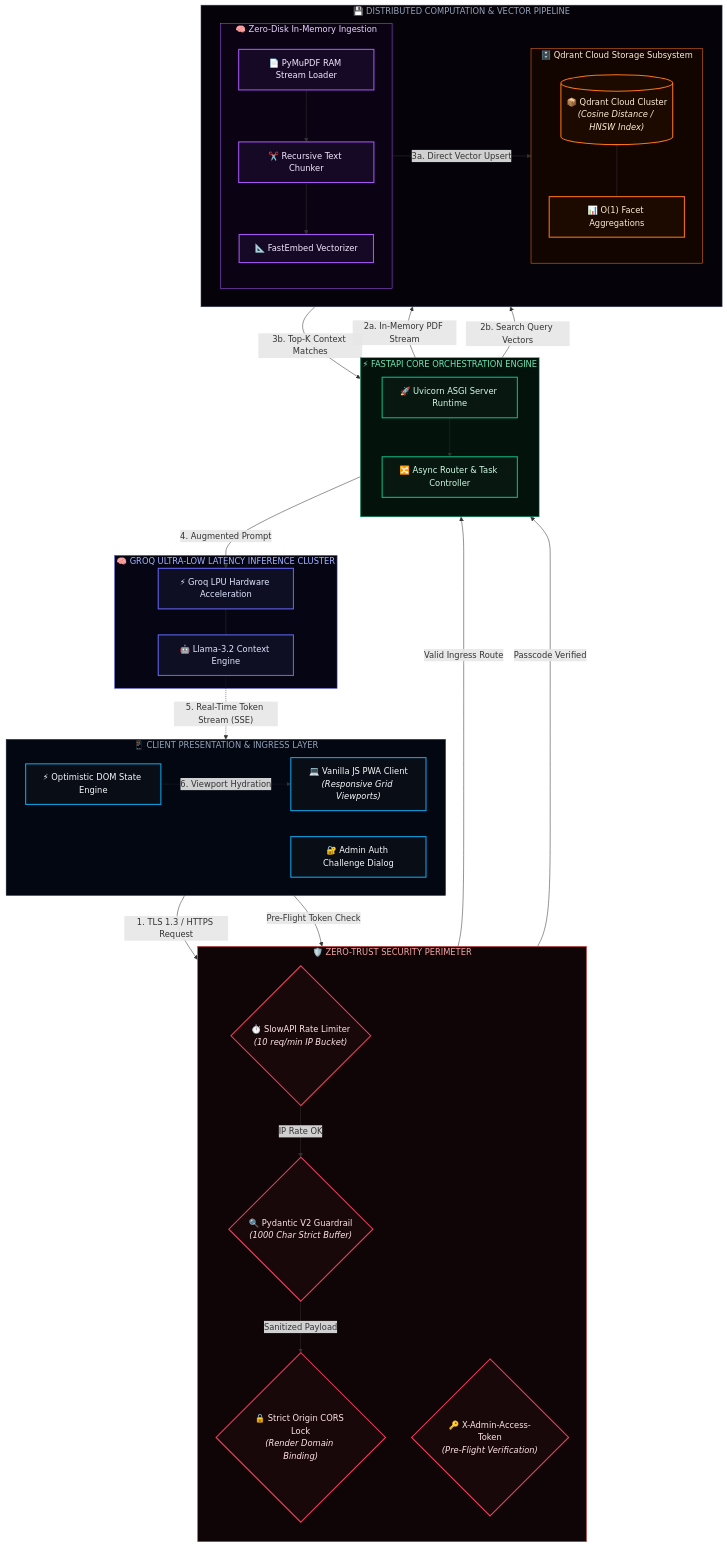
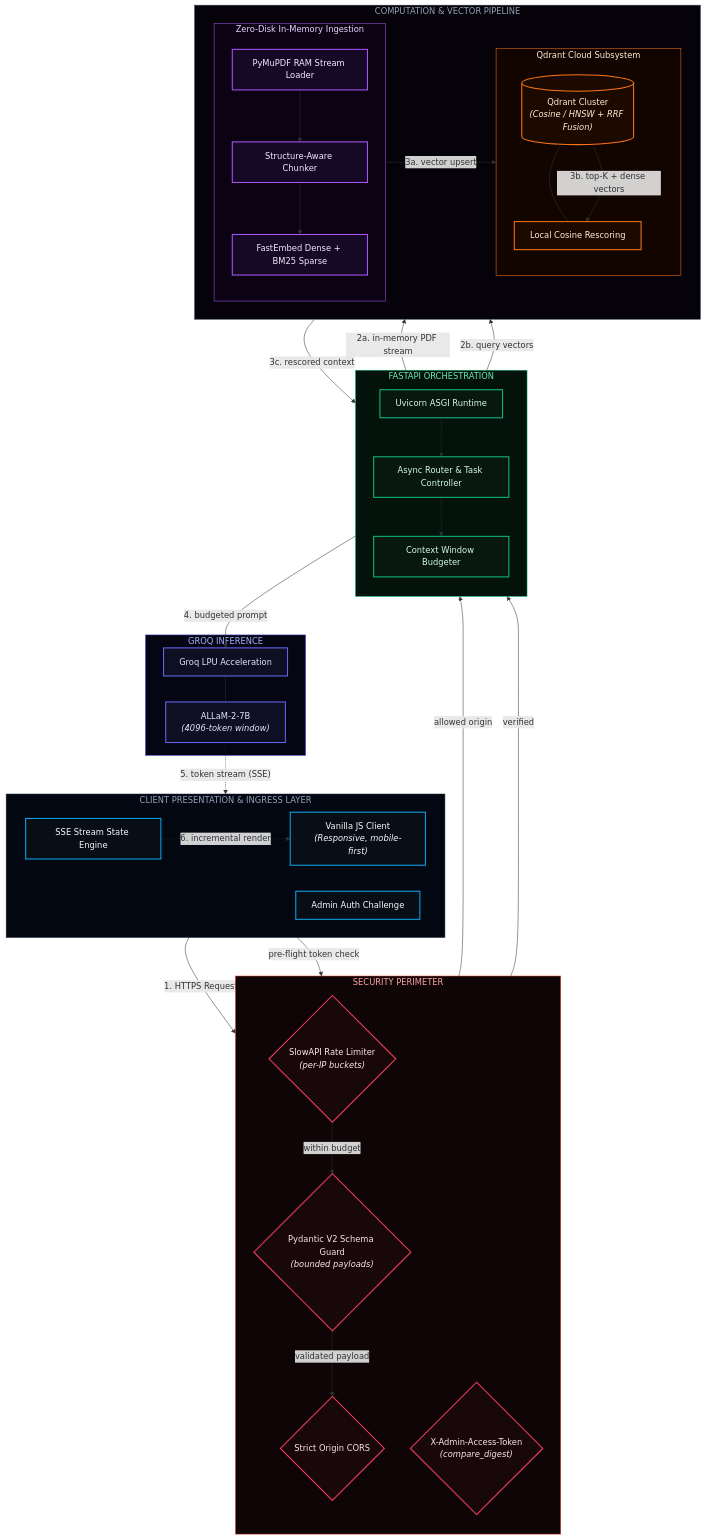
One commit to muhammad-hameed-ai/saudi-vision-2030-rag changed the diagram in README.md. Above: the diagram before and after it, drawn with Mermaid. The commit also changed other lines of this file and 63 other files, not shown here.

````diff
--- a/README.md
+++ b/README.md
@@ -19,6 +64,5 @@
 ```mermaid
 graph TB
-    %% Enterprise Dark-Mode Color Palette
     classDef clientZone fill:#090D16,stroke:#0EA5E9,stroke-width:2px,color:#F8FAFC;
     classDef securityZone fill:#18080A,stroke:#F43F5E,stroke-width:2px,color:#FFE4E6;
     classDef engineZone fill:#081810,stroke:#10B981,stroke-width:2px,color:#D1FAE5;
@@ -26,81 +70,73 @@
     classDef vectorZone fill:#1C0A00,stroke:#F97316,stroke-width:2px,color:#FFEDD5;
     classDef llmZone fill:#0F0F23,stroke:#6366F1,stroke-width:2px,color:#E0E7FF;
 
-    %% 1. CLIENT PRESENTATION LAYER
-    subgraph Ingress ["📱 CLIENT PRESENTATION & INGRESS LAYER"]
+    subgraph Ingress ["CLIENT PRESENTATION & INGRESS LAYER"]
         direction LR
-        UI["💻 Vanilla JS PWA Client<br/><i>(Responsive Grid Viewports)</i>"]:::clientZone
-        State["⚡ Optimistic DOM State Engine"]:::clientZone
-        AuthModal["🔐 Admin Auth Challenge Dialog"]:::clientZone
+        UI["Vanilla JS Client<br/><i>(Responsive, mobile-first)</i>"]:::clientZone
+        State["SSE Stream State Engine"]:::clientZone
+        AuthModal["Admin Auth Challenge"]:::clientZone
     end
     style Ingress fill:#030712,stroke:#1E293B,stroke-width:1px,color:#94A3B8;
 
-    %% 2. ZERO-TRUST SECURITY PERIMETER
-    subgraph Security ["🛡️ ZERO-TRUST SECURITY PERIMETER"]
+    subgraph Security ["SECURITY PERIMETER"]
         direction TB
-        RateLimit{"⏱️ SlowAPI Rate Limiter<br/><i>(10 req/min IP Bucket)</i>"}:::securityZone
-        Pydantic{"🔍 Pydantic V2 Guardrail<br/><i>(1000 Char Strict Buffer)</i>"}:::securityZone
-        CORS{"🔒 Strict Origin CORS Lock<br/><i>(Render Domain Binding)</i>"}:::securityZone
-        HeaderAuth{"🔑 X-Admin-Access-Token<br/><i>(Pre-Flight Verification)</i>"}:::securityZone
+        RateLimit{"SlowAPI Rate Limiter<br/><i>(per-IP buckets)</i>"}:::securityZone
+        Pydantic{"Pydantic V2 Schema Guard<br/><i>(bounded payloads)</i>"}:::securityZone
+        CORS{"Strict Origin CORS"}:::securityZone
+        HeaderAuth{"X-Admin-Access-Token<br/><i>(compare_digest)</i>"}:::securityZone
     end
     style Security fill:#0F0506,stroke:#EF4444,stroke-width:1px,color:#FCA5A5;
 
-    %% 3. FASTAPI CORE ENGINE
-    subgraph ApplicationCore ["⚡ FASTAPI CORE ORCHESTRATION ENGINE"]
+    subgraph ApplicationCore ["FASTAPI ORCHESTRATION"]
         direction TB
-        ASGI["🚀 Uvicorn ASGI Server Runtime"]:::engineZone
-        Router["🔀 Async Router & Task Controller"]:::engineZone
+        ASGI["Uvicorn ASGI Runtime"]:::engineZone
+        Router["Async Router & Task Controller"]:::engineZone
+        Budget["Context Window Budgeter"]:::engineZone
+        Router --> Budget
     end
     style ApplicationCore fill:#03120B,stroke:#10B981,stroke-width:1px,color:#6EE7B7;
 
-    %% 4. COMPUTATION & VECTOR PIPELINE
-    subgraph ComputeData ["💾 DISTRIBUTED COMPUTATION & VECTOR PIPELINE"]
+    subgraph ComputeData ["COMPUTATION & VECTOR PIPELINE"]
         direction LR
-        
-        subgraph RAMEngine ["🧠 Zero-Disk In-Memory Ingestion"]
+        subgraph RAMEngine ["Zero-Disk In-Memory Ingestion"]
             direction TB
-            PyMuPDF["📄 PyMuPDF RAM Stream Loader"]:::ramZone
-            Chunker["✂️ Recursive Text Chunker"]:::ramZone
-            FastEmbed["📐 FastEmbed Vectorizer"]:::ramZone
+            PyMuPDF["PyMuPDF RAM Stream Loader"]:::ramZone
+            Chunker["Structure-Aware Chunker"]:::ramZone
+            FastEmbed["FastEmbed Dense + BM25 Sparse"]:::ramZone
             PyMuPDF --> Chunker --> FastEmbed
         end
         style RAMEngine fill:#0B0314,stroke:#A855F7,stroke-width:1px,color:#E9D5FF;
 
-        subgraph VectorSubsystem ["🗄️ Qdrant Cloud Storage Subsystem"]
+        subgraph VectorSubsystem ["Qdrant Cloud Subsystem"]
             direction TB
-            Qdrant[("📦 Qdrant Cloud Cluster<br/><i>(Cosine Distance / HNSW Index)</i>")]:::vectorZone
-            Telemetry["📊 O(1) Facet Aggregations"]:::vectorZone
-            Qdrant --- Telemetry
+            Qdrant[("Qdrant Cluster<br/><i>(Cosine / HNSW + RRF Fusion)</i>")]:::vectorZone
+            Cosine["Local Cosine Rescoring"]:::vectorZone
+            Qdrant --- Cosine
         end
         style VectorSubsystem fill:#120500,stroke:#F97316,stroke-width:1px,color:#FFEDD5;
     end
     style ComputeData fill:#05020A,stroke:#334155,stroke-width:1px,color:#94A3B8;
 
-    %% 5. AI INFERENCE CLUSTER
-    subgraph AIInference ["🧠 GROQ ULTRA-LOW LATENCY INFERENCE CLUSTER"]
-        GroqEngine["⚡ Groq LPU Hardware Acceleration"]:::llmZone
-        LlamaModel["🤖 Llama-3.2 Context Engine"]:::llmZone
-        GroqEngine --- LlamaModel
+    subgraph AIInference ["GROQ INFERENCE"]
+        GroqEngine["Groq LPU Acceleration"]:::llmZone
+        AllamModel["ALLaM-2-7B<br/><i>(4096-token window)</i>"]:::llmZone
+        GroqEngine --- AllamModel
     end
     style AIInference fill:#050514,stroke:#6366F1,stroke-width:1px,color:#A5B4FC;
 
-    %% NETWORK TRANSPORT & DATAFLOW ROUTES
-    UI -- "1. TLS 1.3 / HTTPS Request" --> RateLimit
-    RateLimit -- "IP Rate OK" --> Pydantic
-    Pydantic -- "Sanitized Payload" --> CORS
-    CORS -- "Valid Ingress Route" --> ASGI
-
-    AuthModal -- "Pre-Flight Token Check" --> HeaderAuth
-    HeaderAuth -- "Passcode Verified" --> Router
-
+    UI -- "1. HTTPS Request" --> RateLimit
+    RateLimit -- "within budget" --> Pydantic
+    Pydantic -- "validated payload" --> CORS
+    CORS -- "allowed origin" --> ASGI
+    AuthModal -- "pre-flight token check" --> HeaderAuth
+    HeaderAuth -- "verified" --> Router
     ASGI --> Router
-    Router -- "2a. In-Memory PDF Stream" --> PyMuPDF
-    Router -- "2b. Search Query Vectors" --> Qdrant
-
-    FastEmbed -- "3a. Direct Vector Upsert" --> Qdrant
-    Qdrant -- "3b. Top-K Context Matches" --> Router
-
-    Router -- "4. Augmented Prompt" --> GroqEngine
-    LlamaModel -. "5. Real-Time Token Stream (SSE)" .-> State
-    State -. "6. Viewport Hydration" .-> UI
+    Router -- "2a. in-memory PDF stream" --> PyMuPDF
+    Router -- "2b. query vectors" --> Qdrant
+    FastEmbed -- "3a. vector upsert" --> Qdrant
+    Qdrant -- "3b. top-K + dense vectors" --> Cosine
+    Cosine -- "3c. rescored context" --> Budget
+    Budget -- "4. budgeted prompt" --> GroqEngine
+    AllamModel -. "5. token stream (SSE)" .-> State
+    State -. "6. incremental render" .-> UI
 ```
````
